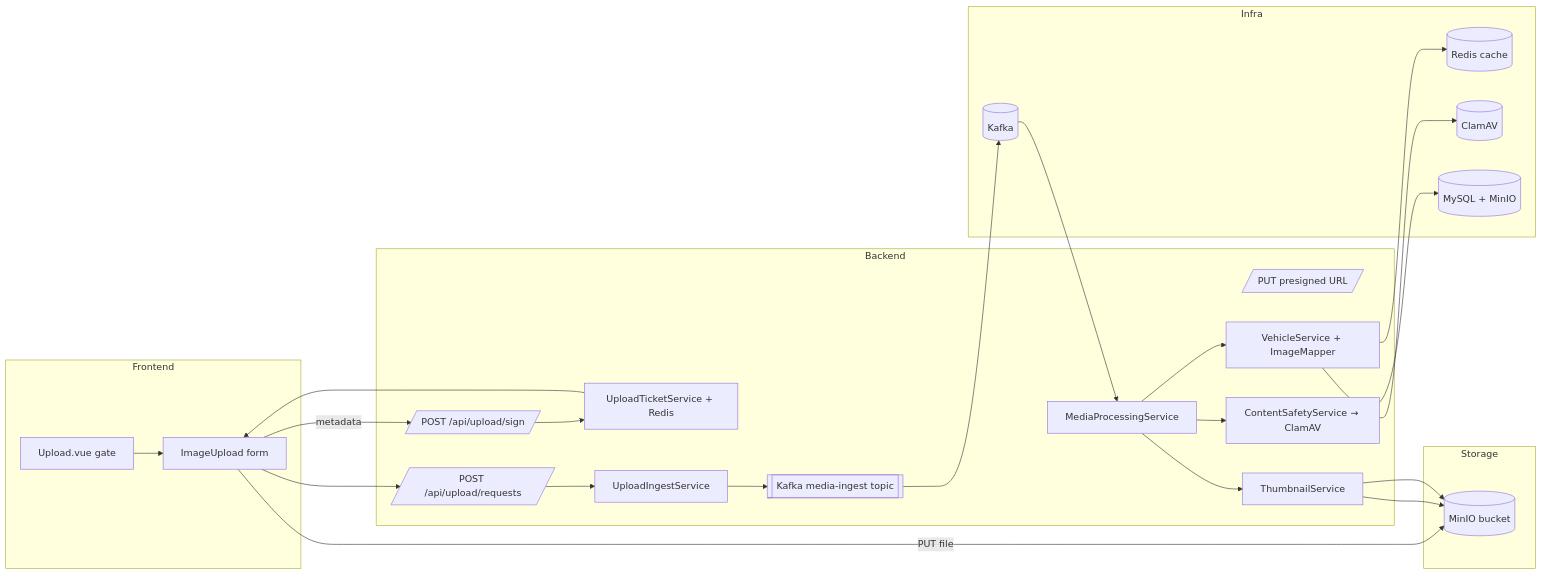
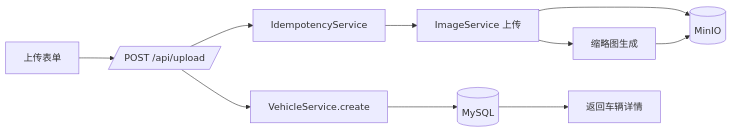
One commit to ldrwhc/bus_gallery changed the fourth of 7 diagrams in BUSINESS_FLOWS.md. Above: the diagram before and after it, drawn with Mermaid. The commit also changed other lines of this file and 34 other files, not shown here.

````diff
--- a/BUSINESS_FLOWS.md
+++ b/BUSINESS_FLOWS.md
@@ -96,41 +73,12 @@
 ```mermaid
 flowchart LR
-    subgraph Frontend
-        U1[Upload.vue gate]
-        U2[ImageUpload form]
-    end
-    subgraph Storage
-        S1[(MinIO bucket)]
-    end
-    subgraph Backend
-        B1[/POST /api/upload/sign/]
-        B2[UploadTicketService + Redis]
-        B3[/PUT presigned URL/]
-        B4[/POST /api/upload/requests/]
-        B5[UploadIngestService]
-        B6[[Kafka media-ingest topic]]
-        B7[MediaProcessingService]
-        B8[ContentSafetyService → ClamAV]
-        B9[ThumbnailService]
-        B10[VehicleService + ImageMapper]
-    end
-    subgraph Infra
-        R1[(Redis cache)]
-        K1[(Kafka)]
-        C1[(ClamAV)]
-        DB[(MySQL + MinIO)]
-    end
-
-    U1 --> U2
-    U2 -->|metadata| B1
-    B1 --> B2 --> U2
-    U2 -->|PUT file| S1
-    U2 --> B4 --> B5 --> B6 --> K1
-    K1 --> B7
-    B7 --> B8
-    B7 --> B9 --> S1
-    B7 --> B10 --> DB
-    B8 --> C1
-    B9 --> S1
-    B10 --> R1
+    A[上传表单] --> B[/POST /api/upload/]
+    B --> C[IdempotencyService]
+    C --> D[ImageService 上传]
+    D --> E[(MinIO)]
+    D --> F[缩略图生成]
+    F --> E
+    B --> G[VehicleService.create]
+    G --> H[(MySQL)]
+    H --> I[返回车辆详情]
 ```
````
